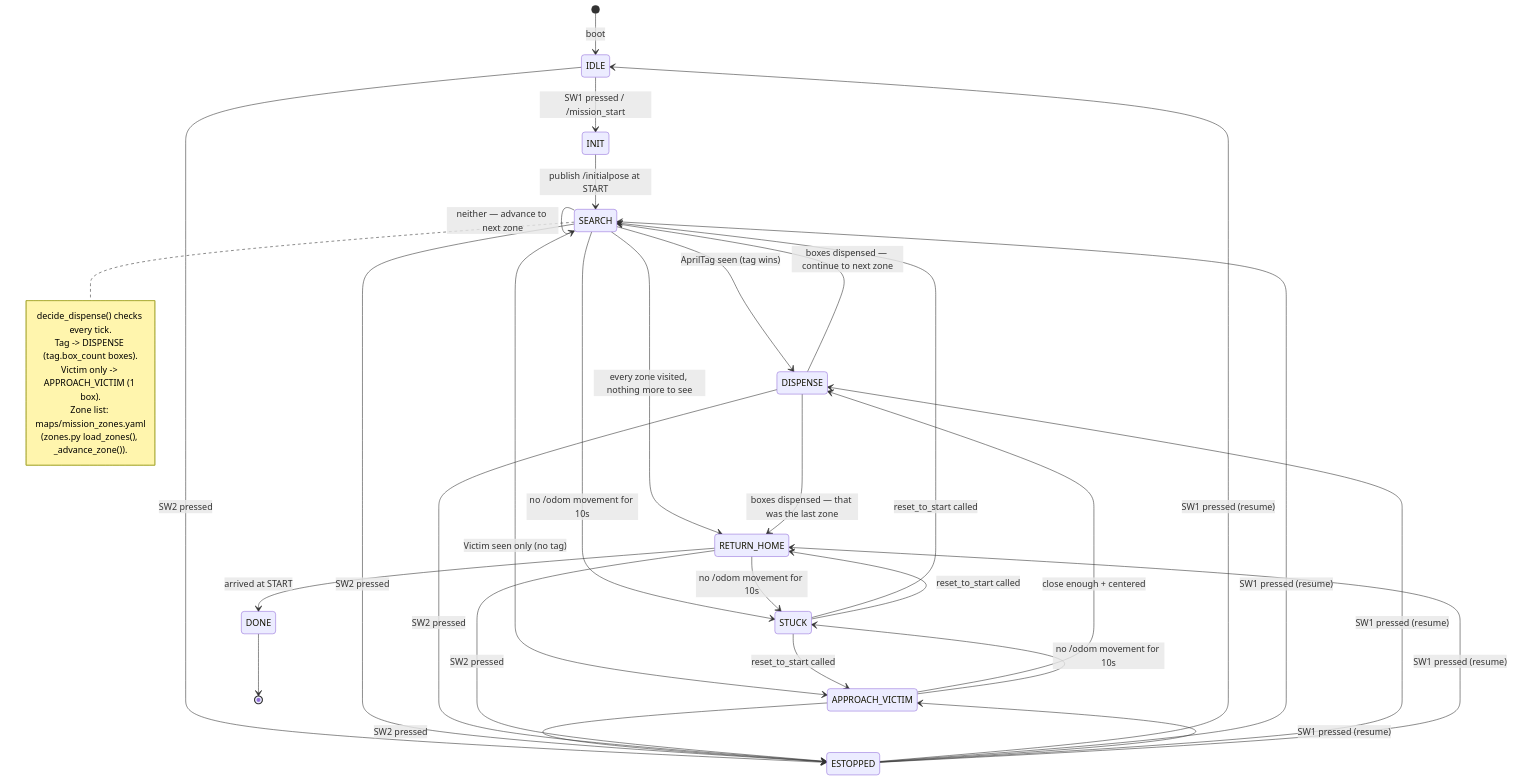
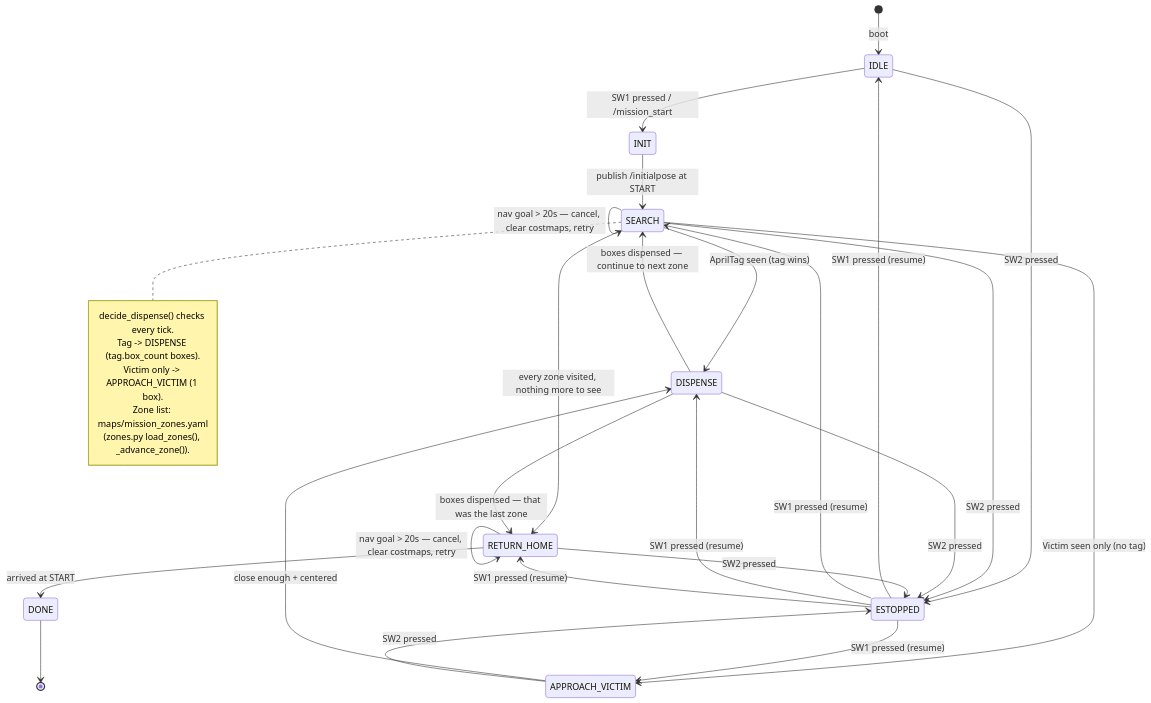
The diagram in docs/en/07-run-mission.md (robotkub/turtlebot3), drawn with Mermaid before and after one commit. The commit also changed 7 other files, not shown here.

````diff
--- a/docs/en/07-run-mission.md
+++ b/docs/en/07-run-mission.md
@@ -21,48 +21,44 @@
 ```mermaid
 stateDiagram-v2
     [*] --> IDLE : boot
 
     IDLE --> INIT : SW1 pressed / /mission_start
 
     INIT --> SEARCH : publish /initialpose at START
 
     SEARCH --> DISPENSE : AprilTag seen (tag wins)
     SEARCH --> APPROACH_VICTIM : Victim seen only (no tag)
     SEARCH --> SEARCH : neither — advance to next zone
     SEARCH --> RETURN_HOME : every zone visited, nothing more to see
 
     APPROACH_VICTIM --> DISPENSE : close enough + centered
 
     DISPENSE --> SEARCH : boxes dispensed — continue to next zone
     DISPENSE --> RETURN_HOME : boxes dispensed — that was the last zone
 
     RETURN_HOME --> DONE : arrived at START
 
     DONE --> [*]
 
     note right of SEARCH
         decide_dispense() checks every tick.
         Tag -> DISPENSE (tag.box_count boxes).
         Victim only -> APPROACH_VICTIM (1 box).
         Zone list: maps/mission_zones.yaml
         (zones.py load_zones(), _advance_zone()).
     end note
 
-    SEARCH --> STUCK : no /odom movement for 10s
-    APPROACH_VICTIM --> STUCK : no /odom movement for 10s
-    RETURN_HOME --> STUCK : no /odom movement for 10s
-    STUCK --> SEARCH : reset_to_start called
-    STUCK --> APPROACH_VICTIM : reset_to_start called
-    STUCK --> RETURN_HOME : reset_to_start called
+    SEARCH --> SEARCH : nav goal > 20s — cancel, clear costmaps, retry
+    RETURN_HOME --> RETURN_HOME : nav goal > 20s — cancel, clear costmaps, retry
 
     IDLE --> ESTOPPED : SW2 pressed
     SEARCH --> ESTOPPED : SW2 pressed
     APPROACH_VICTIM --> ESTOPPED : SW2 pressed
     DISPENSE --> ESTOPPED : SW2 pressed
     RETURN_HOME --> ESTOPPED : SW2 pressed
     ESTOPPED --> IDLE : SW1 pressed (resume)
     ESTOPPED --> SEARCH : SW1 pressed (resume)
     ESTOPPED --> APPROACH_VICTIM : SW1 pressed (resume)
     ESTOPPED --> DISPENSE : SW1 pressed (resume)
     ESTOPPED --> RETURN_HOME : SW1 pressed (resume)
 ```
````
